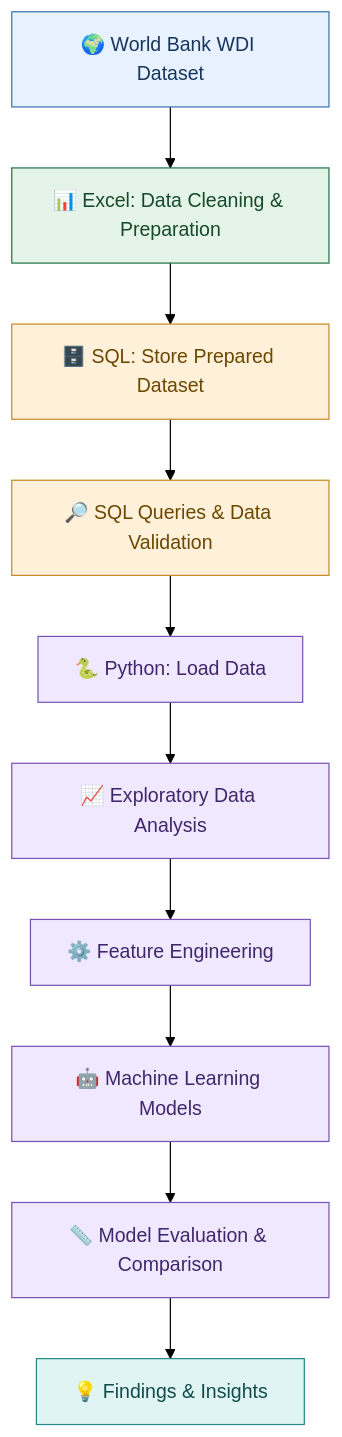
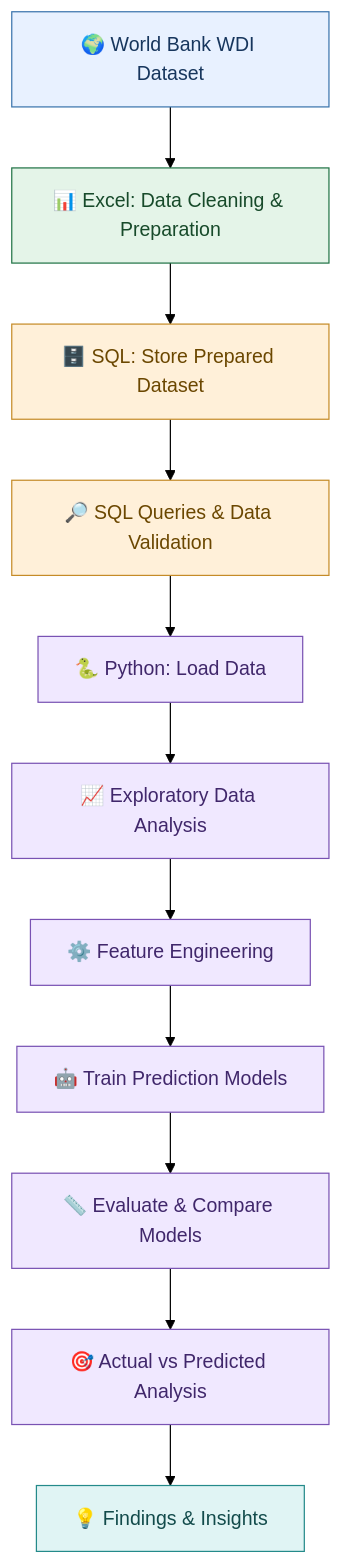
Before and after one commit to Ranjeetha19/global-development-analytics: the diagram in README.md, drawn with Mermaid (forest theme). The commit also changed other lines of this file, not shown here.

````diff
--- a/README.md
+++ b/README.md
@@ -28,24 +39,25 @@
 ```mermaid
 flowchart TD
     A["🌍 World Bank WDI Dataset"] --> B["📊 Excel: Data Cleaning & Preparation"]
     B --> C["🗄️ SQL: Store Prepared Dataset"]
     C --> D["🔎 SQL Queries & Data Validation"]
     D --> E["🐍 Python: Load Data"]
     E --> F["📈 Exploratory Data Analysis"]
     F --> G["⚙️ Feature Engineering"]
-    G --> H["🤖 Machine Learning Models"]
-    H --> I["📏 Model Evaluation & Comparison"]
-    I --> J["💡 Findings & Insights"]
+    G --> H["🤖 Train Prediction Models"]
+    H --> I["📏 Evaluate & Compare Models"]
+    I --> J["🎯 Actual vs Predicted Analysis"]
+    J --> K["💡 Findings & Insights"]
 
     classDef source fill:#E8F1FF,stroke:#3973AC,color:#17365D
     classDef excel fill:#E4F4E8,stroke:#217346,color:#174A2A
     classDef sql fill:#FFF0D9,stroke:#C58B27,color:#6B4700
     classDef python fill:#F0E8FF,stroke:#7952B3,color:#40276B
     classDef result fill:#E0F4F4,stroke:#248A8A,color:#124B4B
 
     class A source
     class B excel
     class C,D sql
-    class E,F,G,H,I python
-    class J result
+    class E,F,G,H,I,J python
+    class K result
 ```
````
